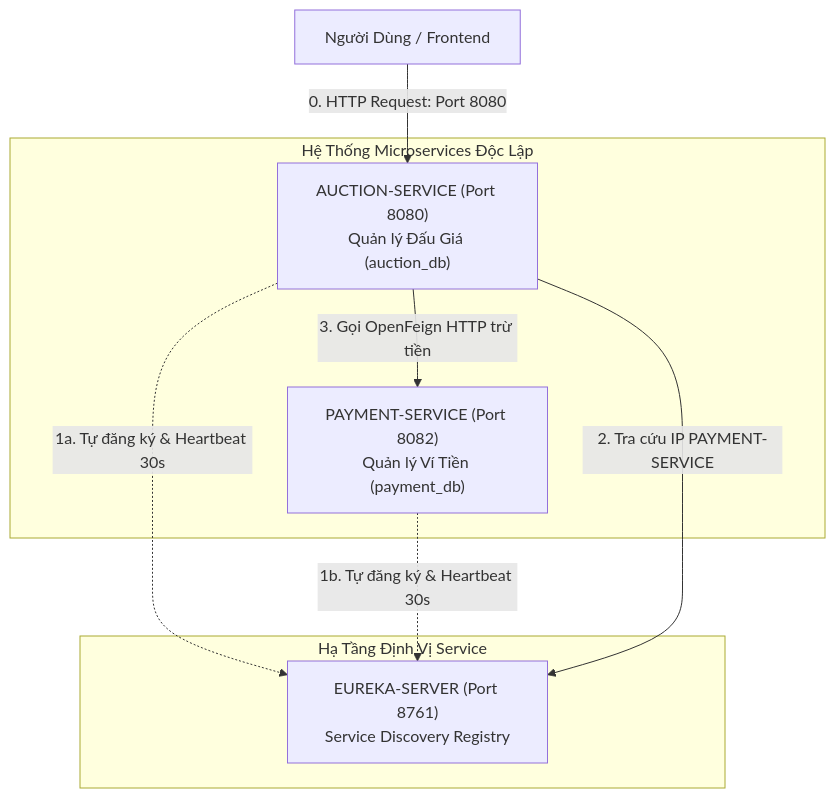
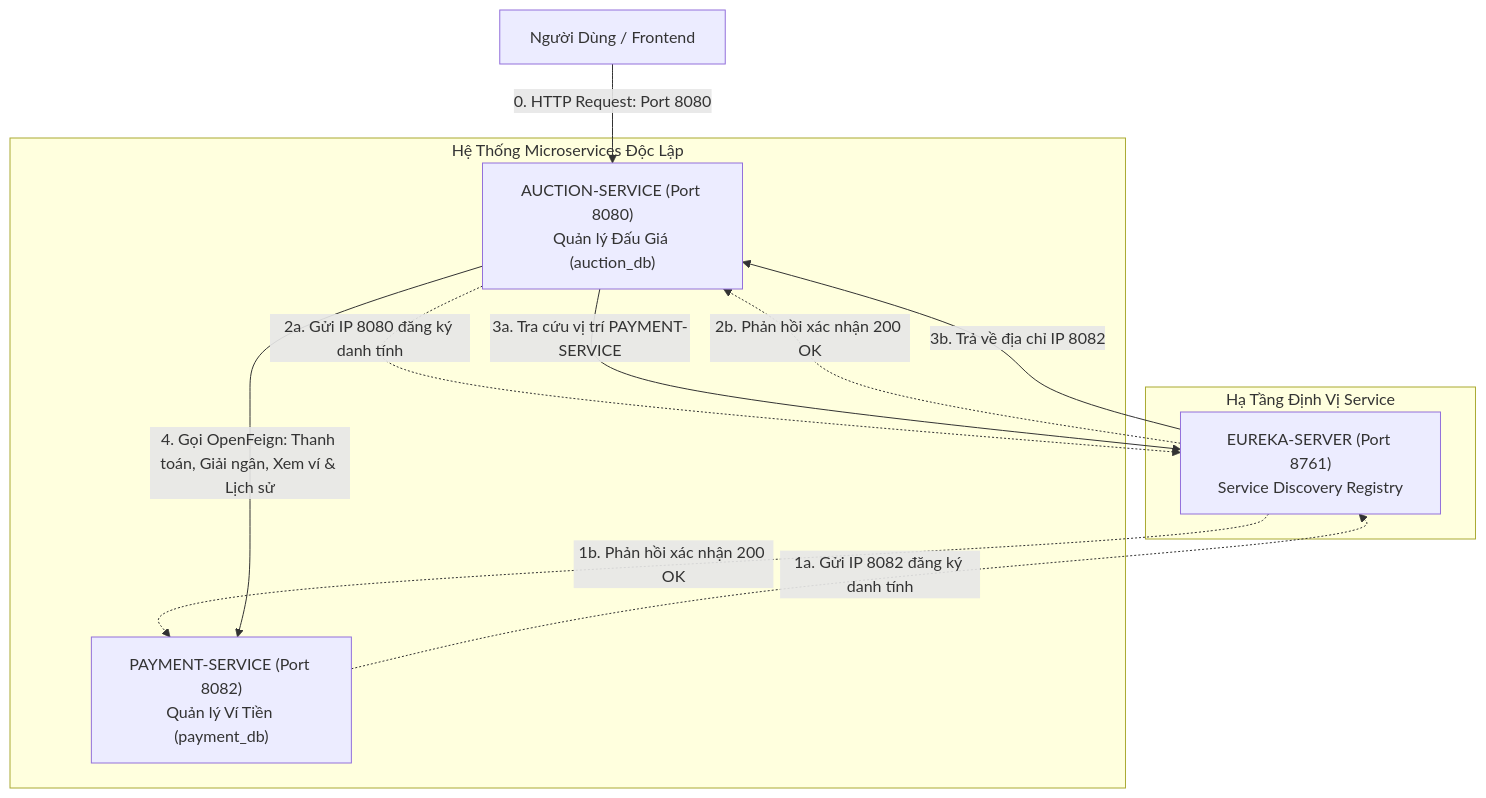
The first of 3 diagrams in documents/MICROSERVICES-DISCOVERY-AND-RESILIENCE-ARCHITECTURE.md (Duongkhmt/AuctionSystem), drawn with Mermaid before and after one commit. The commit also changed other lines of this file and 13 other files, not shown here.

````diff
--- a/documents/MICROSERVICES-DISCOVERY-AND-RESILIENCE-ARCHITECTURE.md
+++ b/documents/MICROSERVICES-DISCOVERY-AND-RESILIENCE-ARCHITECTURE.md
@@ -15,19 +15,24 @@
 ```mermaid
 flowchart TD
     Client["Người Dùng / Frontend"] -->|0. HTTP Request: Port 8080| AuctionService
 
     subgraph ServiceRegistry ["Hạ Tầng Định Vị Service"]
         EurekaServer["EUREKA-SERVER (Port 8761)<br/>Service Discovery Registry"]
     end
 
     subgraph Microservices ["Hệ Thống Microservices Độc Lập"]
         AuctionService["AUCTION-SERVICE (Port 8080)<br/>Quản lý Đấu Giá (auction_db)"]
         PaymentService["PAYMENT-SERVICE (Port 8082)<br/>Quản lý Ví Tiền (payment_db)"]
     end
 
-    AuctionService -.->|1a. Tự đăng ký & Heartbeat 30s| EurekaServer
-    PaymentService -.->|1b. Tự đăng ký & Heartbeat 30s| EurekaServer
+    PaymentService -.->|1a. Gửi IP 8082 đăng ký danh tính| EurekaServer
+    EurekaServer -.->|1b. Phản hồi xác nhận 200 OK| PaymentService
 
-    AuctionService -->|2. Tra cứu IP PAYMENT-SERVICE| EurekaServer
-    AuctionService -->|3. Gọi OpenFeign HTTP trừ tiền| PaymentService
+    AuctionService -.->|2a. Gửi IP 8080 đăng ký danh tính| EurekaServer
+    EurekaServer -.->|2b. Phản hồi xác nhận 200 OK| AuctionService
+
+    AuctionService -->|3a. Tra cứu vị trí PAYMENT-SERVICE| EurekaServer
+    EurekaServer -->|3b. Trả về địa chỉ IP 8082| AuctionService
+
+    AuctionService -->|4. Gọi OpenFeign: Thanh toán, Giải ngân, Xem ví & Lịch sử| PaymentService
 ```
````
